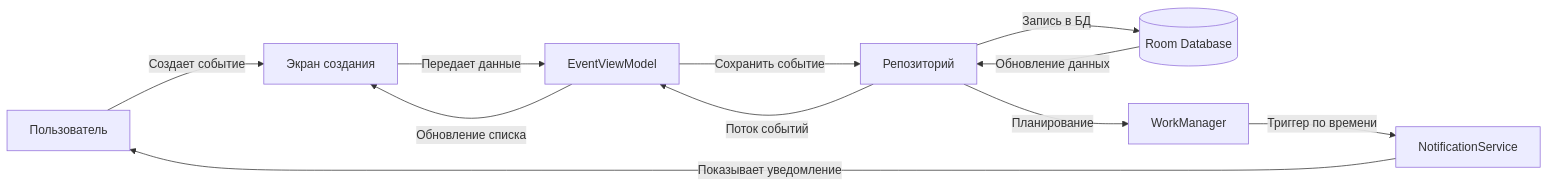
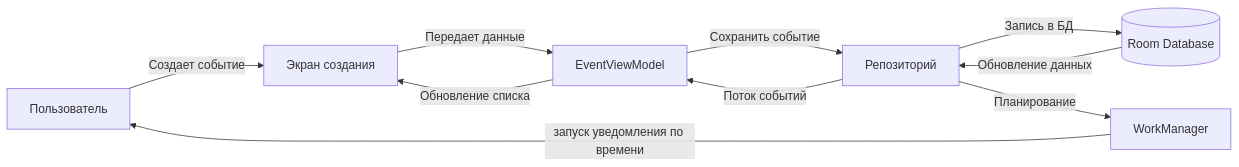
One commit to Phdima/ScheduleAPP changed the diagram in README.md. Above: the diagram before and after it, drawn with Mermaid.

````diff
--- a/README.md
+++ b/README.md
@@ -38,13 +38,12 @@
 ```mermaid
 graph LR
     User[Пользователь] -->|Создает событие| UI[Экран создания]
     UI -->|Передает данные| VM[EventViewModel]
     VM -->|Сохранить событие| Repo[Репозиторий]
     Repo -->|Запись в БД| DB[(Room Database)]
     Repo -->|Планирование| WM[WorkManager]
-    WM -->|Триггер по времени| Notify[NotificationService]
-    Notify -->|Показывает уведомление| User
+    WM -->|запуск уведомления по времени| User[Пользователь]
     DB -->|Обновление данных| Repo
     Repo -->|Поток событий| VM
     VM -->|Обновление списка| UI
 ```
````
